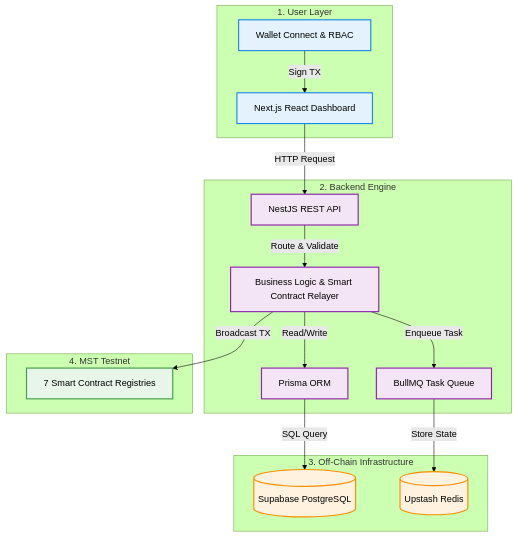
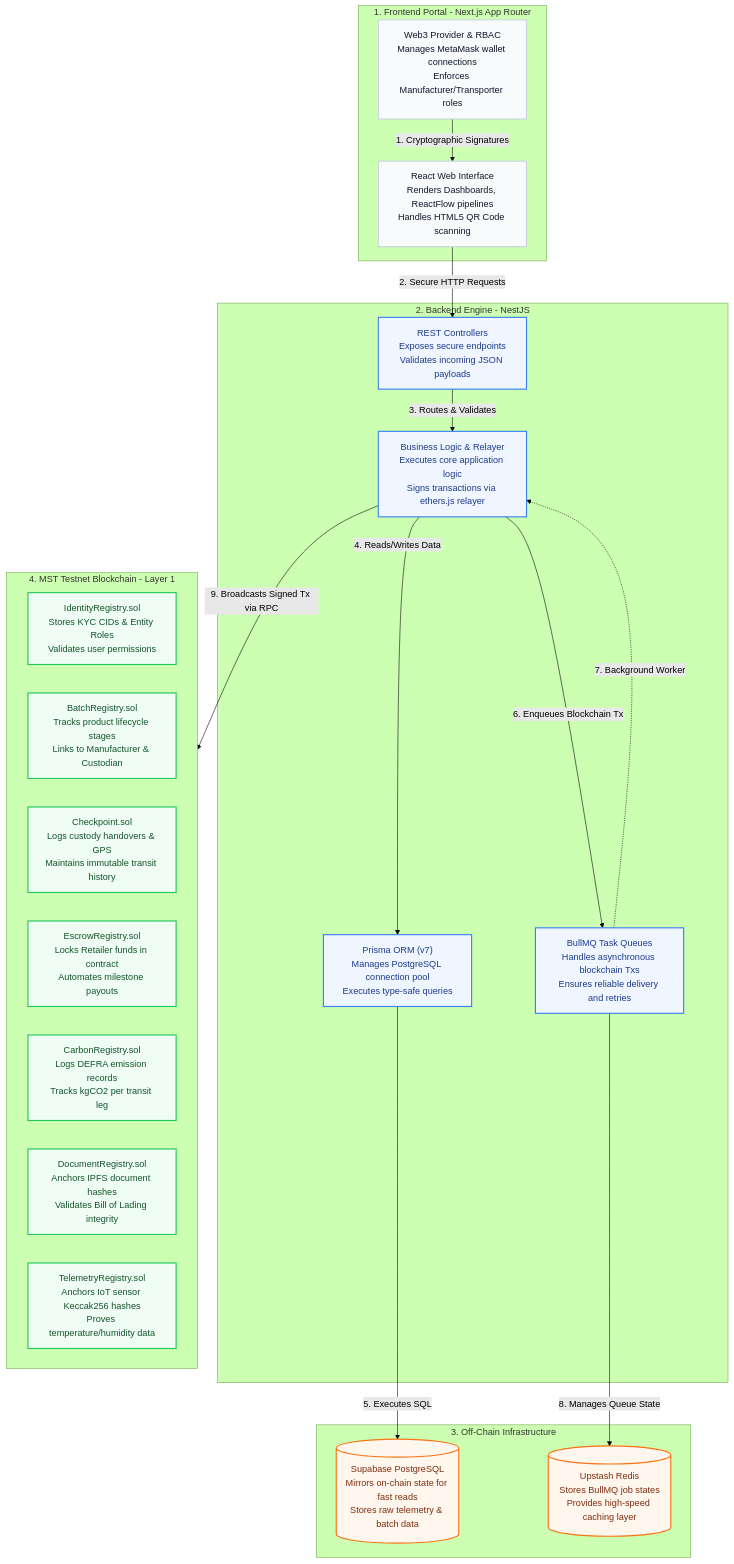
The first of 3 diagrams in README.md (mohitdeshmukhdev/MST-SupplyChain), drawn with Mermaid (forest theme) before and after one commit. The commit also changed other lines of this file, not shown here.

Commit message:
Restore detailed, non-overflowing architecture and comprehensive user flow diagrams

````diff
--- a/README.md
+++ b/README.md
@@ -19,37 +19,44 @@
 ```mermaid
-flowchart TD
-    classDef frontend fill:#e3f2fd,stroke:#1e88e5,stroke-width:2px,color:#000
-    classDef backend fill:#f3e5f5,stroke:#8e24aa,stroke-width:2px,color:#000
-    classDef database fill:#fff3e0,stroke:#fb8c00,stroke-width:2px,color:#000
-    classDef blockchain fill:#e8f5e9,stroke:#43a047,stroke-width:2px,color:#000
+flowchart TB
+    classDef client fill:#f8fafc,stroke:#cbd5e1,stroke-width:2px,color:#0f172a
+    classDef backend fill:#eff6ff,stroke:#3b82f6,stroke-width:2px,color:#1e3a8a
+    classDef db fill:#fff7ed,stroke:#f97316,stroke-width:2px,color:#7c2d12
+    classDef blockchain fill:#f0fdf4,stroke:#22c55e,stroke-width:2px,color:#14532d
 
-    subgraph User_Layer [1. User Layer]
-        Wagmi[Wallet Connect & RBAC]:::frontend
-        UI[Next.js React Dashboard]:::frontend
+    subgraph Frontend [1. Frontend Portal - Next.js App Router]
+        Wagmi["Web3 Provider & RBAC\nManages MetaMask wallet connections\nEnforces Manufacturer/Transporter roles"]:::client
+        UI["React Web Interface\nRenders Dashboards, ReactFlow pipelines\nHandles HTML5 QR Code scanning"]:::client
     end
 
-    subgraph Backend_Layer [2. Backend Engine]
-        API[NestJS REST API]:::backend
-        Services[Business Logic & Smart Contract Relayer]:::backend
-        Prisma[Prisma ORM]:::backend
-        BullMQ[BullMQ Task Queue]:::backend
+    subgraph Backend [2. Backend Engine - NestJS]
+        API["REST Controllers\nExposes secure endpoints\nValidates incoming JSON payloads"]:::backend
+        Services["Business Logic & Relayer\nExecutes core application logic\nSigns transactions via ethers.js relayer"]:::backend
+        Prisma["Prisma ORM (v7)\nManages PostgreSQL connection pool\nExecutes type-safe queries"]:::backend
+        BullMQ["BullMQ Task Queues\nHandles asynchronous blockchain Txs\nEnsures reliable delivery and retries"]:::backend
     end
 
-    subgraph Data_Layer [3. Off-Chain Infrastructure]
-        Supabase[(Supabase PostgreSQL)]:::database
-        Upstash[(Upstash Redis)]:::database
+    subgraph Infrastructure [3. Off-Chain Infrastructure]
+        Supabase[("Supabase PostgreSQL\nMirrors on-chain state for fast reads\nStores raw telemetry & batch data")]:::db
+        Upstash[("Upstash Redis\nStores BullMQ job states\nProvides high-speed caching layer")]:::db
     end
 
-    subgraph Blockchain_Layer [4. MST Testnet]
-        Registry[7 Smart Contract Registries]:::blockchain
+    subgraph Blockchain [4. MST Testnet Blockchain - Layer 1]
+        IdentitySC["IdentityRegistry.sol\nStores KYC CIDs & Entity Roles\nValidates user permissions"]:::blockchain
+        BatchSC["BatchRegistry.sol\nTracks product lifecycle stages\nLinks to Manufacturer & Custodian"]:::blockchain
+        CheckpointSC["Checkpoint.sol\nLogs custody handovers & GPS\nMaintains immutable transit history"]:::blockchain
+        EscrowSC["EscrowRegistry.sol\nLocks Retailer funds in contract\nAutomates milestone payouts"]:::blockchain
+        CarbonSC["CarbonRegistry.sol\nLogs DEFRA emission records\nTracks kgCO2 per transit leg"]:::blockchain
+        DocSC["DocumentRegistry.sol\nAnchors IPFS document hashes\nValidates Bill of Lading integrity"]:::blockchain
+        TelemetrySC["TelemetryRegistry.sol\nAnchors IoT sensor Keccak256 hashes\nProves temperature/humidity data"]:::blockchain
     end
 
-    Wagmi -->|Sign TX| UI
-    UI -->|HTTP Request| API
-    API -->|Route & Validate| Services
-    Services -->|Read/Write| Prisma
-    Prisma -->|SQL Query| Supabase
-    Services -->|Enqueue Task| BullMQ
-    BullMQ -->|Store State| Upstash
-    Services -->|Broadcast TX| Registry
+    Wagmi -->|1. Cryptographic Signatures| UI
+    UI -->|2. Secure HTTP Requests| API
+    API -->|3. Routes & Validates| Services
+    Services -->|4. Reads/Writes Data| Prisma
+    Prisma -->|5. Executes SQL| Supabase
+    Services -->|6. Enqueues Blockchain Tx| BullMQ
+    BullMQ -.->|7. Background Worker| Services
+    BullMQ -->|8. Manages Queue State| Upstash
+    Services -->|9. Broadcasts Signed Tx via RPC| Blockchain
 ```
````
